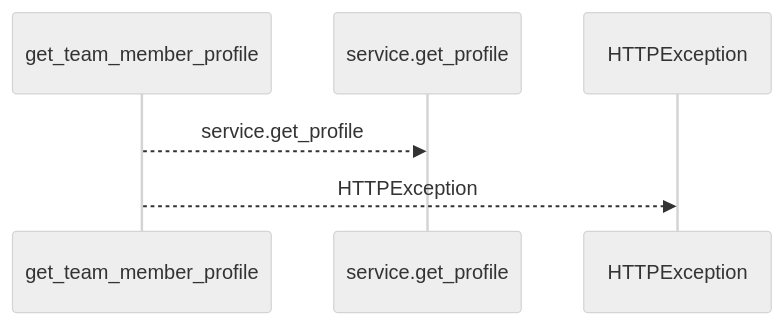
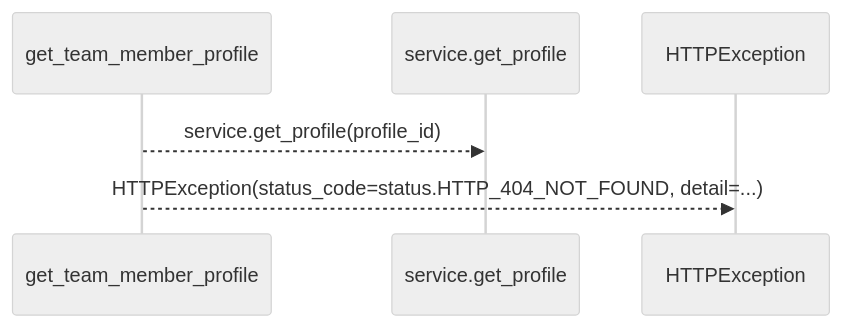
The first of 2 diagrams in docs/llm_wiki/flows/http-get_team_member_profile.md (Denissvgn/WorkChord), drawn with Mermaid (neutral theme) before and after one commit. The commit also changed other lines of this file and 25171 other files, not shown here.

````diff
--- a/docs/llm_wiki/flows/http-get_team_member_profile.md
+++ b/docs/llm_wiki/flows/http-get_team_member_profile.md
@@ -10,8 +12,8 @@
 ```mermaid
 sequenceDiagram
     participant p0 as get_team_member_profile
     participant p1 as service.get_profile
     participant p2 as HTTPException
-    p0-->>p1: service.get_profile
-    p0-->>p2: HTTPException
+    p0-->>p1: service.get_profile(profile_id)
+    p0-->>p2: HTTPException(status_code=status.HTTP_404_NOT_FOUND, detail=...)
 ```
````
